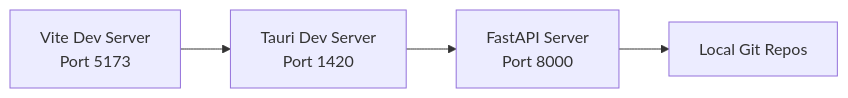
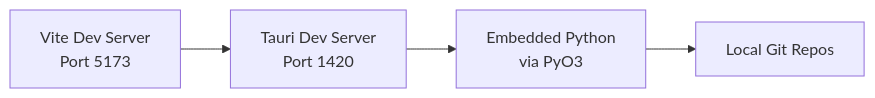
Before and after one commit to boost-edu-tools/gitinspectorgui: the third of 4 diagrams in docs/architecture/overview.md, drawn with Mermaid. The commit also changed other lines of this file and 7 other files, not shown here.

First line of the commit message:
docs: redesign documentation for PyO3 architecture

````diff
--- a/docs/architecture/overview.md
+++ b/docs/architecture/overview.md
@@ -118,6 +124,6 @@
 ```mermaid
 graph LR
     A[Vite Dev Server<br/>Port 5173] --> B[Tauri Dev Server<br/>Port 1420]
-    B --> C[FastAPI Server<br/>Port 8000]
+    B --> C[Embedded Python<br/>via PyO3]
     C --> D[Local Git Repos]
 ```
````
